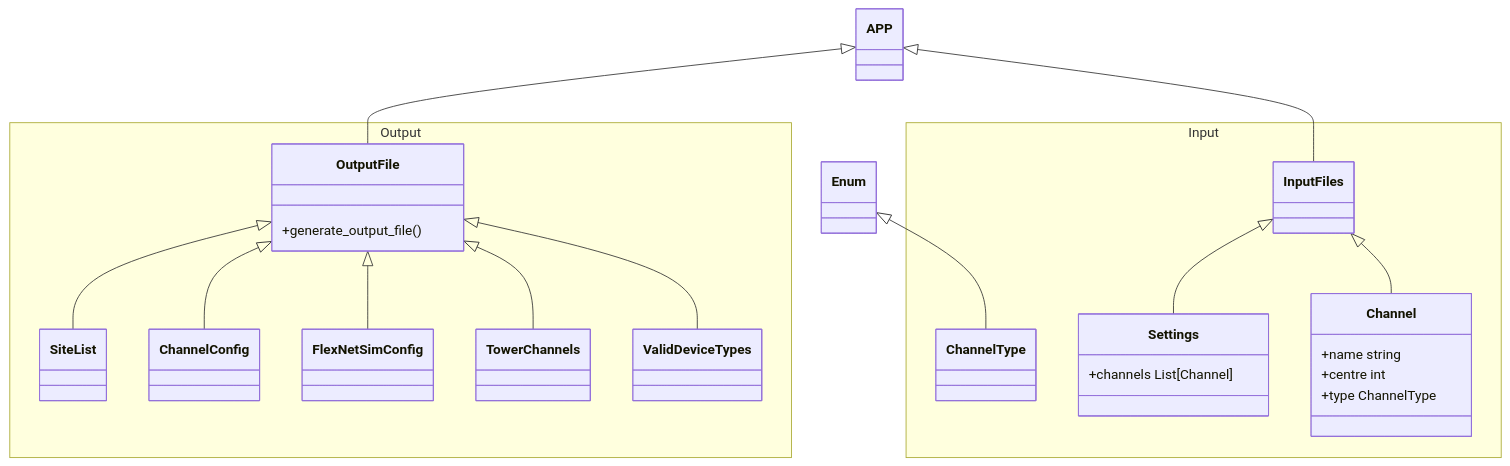
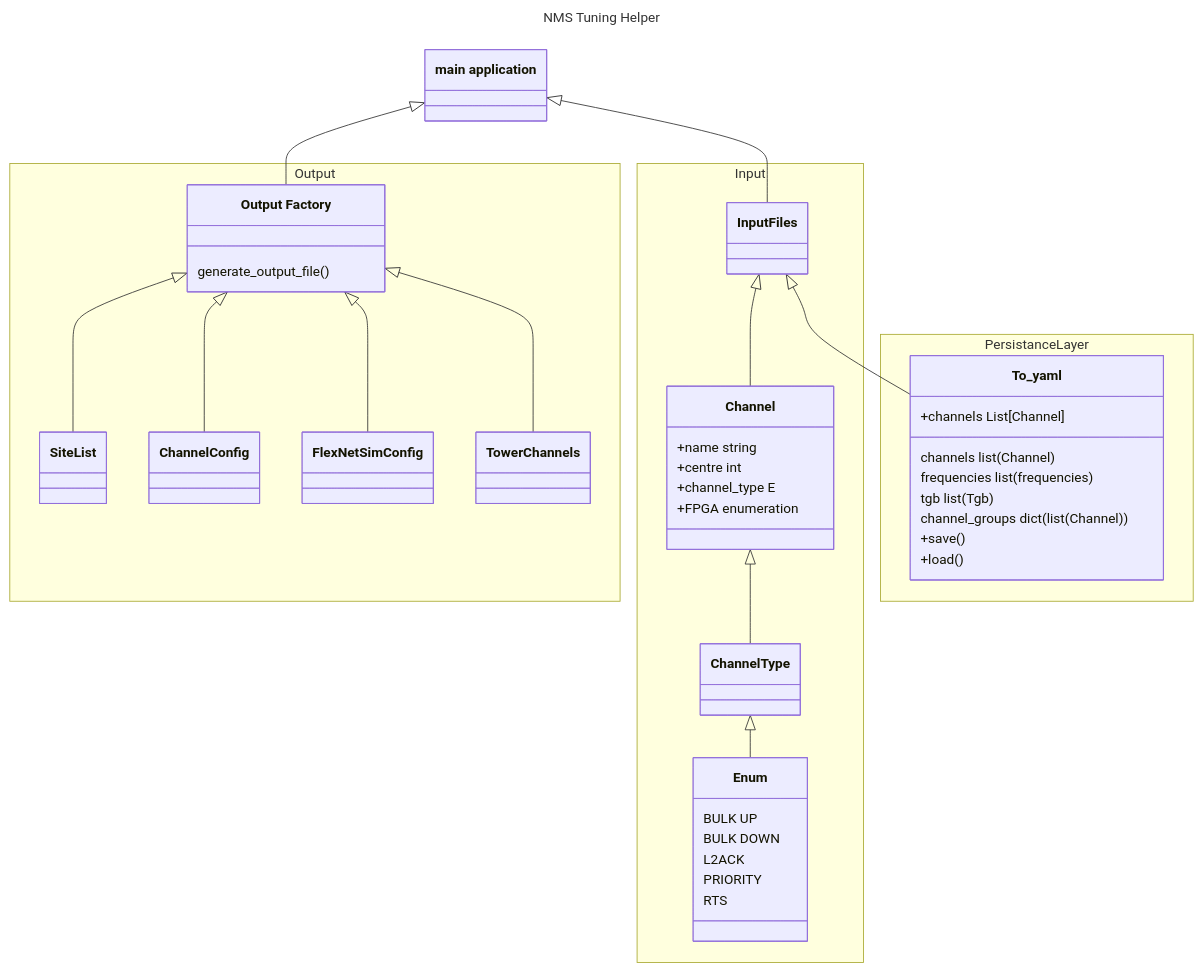
The diagram in README.md (mutl3y/channels), drawn with Mermaid before and after one commit. The commit also changed 9 other files, not shown here.

````diff
--- a/README.md
+++ b/README.md
@@ -3,46 +3,73 @@
 ```mermaid
+---
+    title: NMS Tuning Helper
+---
 classDiagram
-    APP <|-- OutputFile
-    OutputFile <|-- SiteList
-    OutputFile <|-- ChannelConfig
-    OutputFile <|-- FlexNetSimConfig
-    OutputFile <|-- TowerChannels
-    OutputFile <|-- ValidDeviceTypes
-    class APP{
-    }
-    class Enum{
-    }
+    class APP["main application"]
+    class OutputFactory["Output Factory"]
+    
+    APP <|-- OutputFactory
+    OutputFactory <|-- SiteList
+    OutputFactory <|-- ChannelConfig
+    OutputFactory <|-- FlexNetSimConfig
+    OutputFactory <|-- TowerChannels
+
     namespace Output{
-        class OutputFile{
-            +generate_output_file()
+        class OutputFactory{
+            generate_output_file()
         }
         class SiteList{
         }
         class ChannelConfig{
         }
         class FlexNetSimConfig{
         }
         class TowerChannels{
         }
-        class ValidDeviceTypes{
-        }
+
     }
     APP <|-- InputFiles
-    Enum <|-- ChannelType
-    InputFiles <|-- Settings
+    Channel <|-- ChannelType
+    ChannelType <|-- Enum 
+    InputFiles <|-- To_yaml
     InputFiles <|-- Channel
     namespace Input{
         class InputFiles{
         }
-        class Settings{
+        class Enum{
+        BULK UP 
+        BULK DOWN 
+        L2ACK
+        PRIORITY 
+        RTS
+    }
+        class To_yaml{
             +channels List[Channel]
         }
         class Channel{
             +name string
             +centre int
-            +type ChannelType
+            +channel_type E
+            +FPGA enumeration
+            
         }
         class ChannelType{
         }
     }
+
+    namespace PersistanceLayer {
+        class To_yaml {
+            channels list(Channel)
+            frequencies list(frequencies)
+            tgb list(Tgb)
+            channel_groups dict(list(Channel))
+            
+            
+            +save()
+            +load()
+}
+            
+            
+        
+    }
 ```
````
